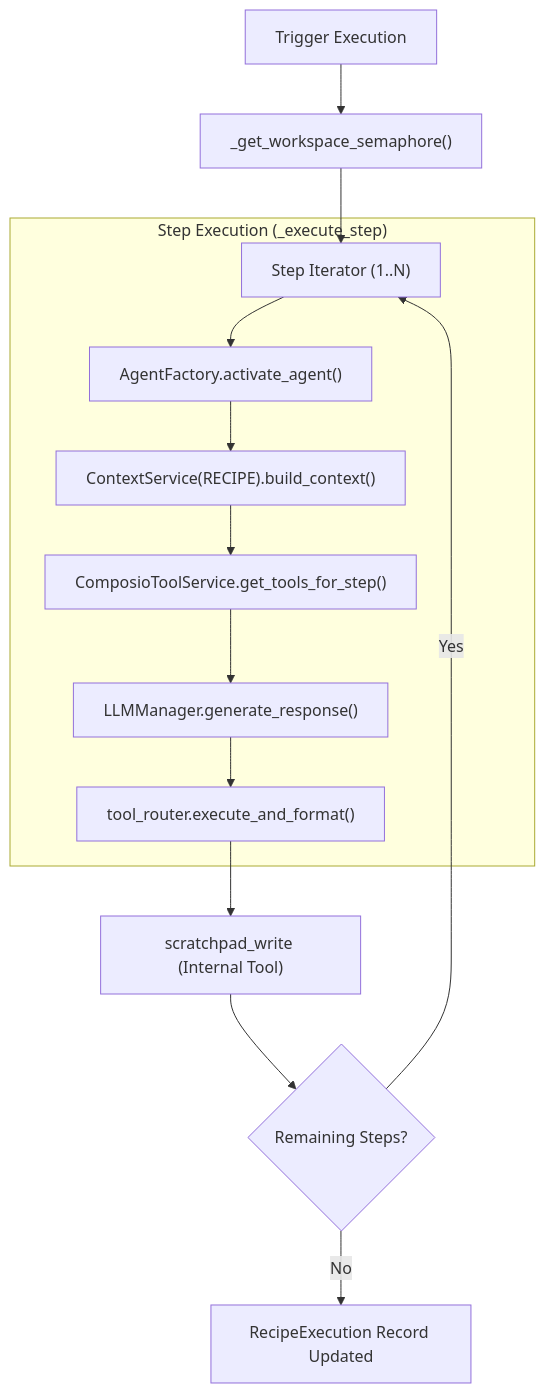
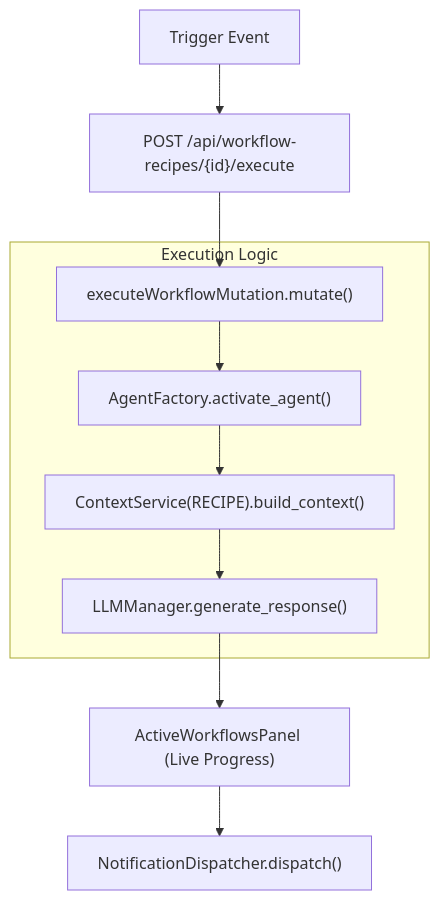
Before and after one commit to AutomatosAI/automatos-ai: the second of 2 diagrams in docs/workflows-recipes/_index.md, drawn with Mermaid. The commit also changed other lines of this file and 153 other files, not shown here.

````diff
--- a/docs/workflows-recipes/_index.md
+++ b/docs/workflows-recipes/_index.md
@@ -103,18 +102,14 @@
 ```mermaid
 graph TD
-    Start["Trigger Execution"] --> Sem["_get_workspace_semaphore()"]
-    Sem --> Loop["Step Iterator (1..N)"]
+    Trigger["Trigger Event"] --> API["POST /api/workflow-recipes/{id}/execute"]
+    API --> Mutate["executeWorkflowMutation.mutate()"]
     
-    subgraph "Step Execution (_execute_step)"
-        Loop --> Factory["AgentFactory.activate_agent()"]
+    subgraph "Execution Logic"
+        Mutate --> Factory["AgentFactory.activate_agent()"]
         Factory --> Context["ContextService(RECIPE).build_context()"]
-        Context --> Hints["ComposioToolService.get_tools_for_step()"]
-        Hints --> LLM["LLMManager.generate_response()"]
-        LLM --> Tools["tool_router.execute_and_format()"]
+        Context --> LLM["LLMManager.generate_response()"]
     end
     
-    Tools --> Scratch["scratchpad_write (Internal Tool)"]
-    Scratch --> Next{"Remaining Steps?"}
-    Next -- "Yes" --> Loop
-    Next -- "No" --> Store["RecipeExecution Record Updated"]
+    LLM --> UI["ActiveWorkflowsPanel (Live Progress)"]
+    UI --> Completion["NotificationDispatcher.dispatch()"]
 ```
````
